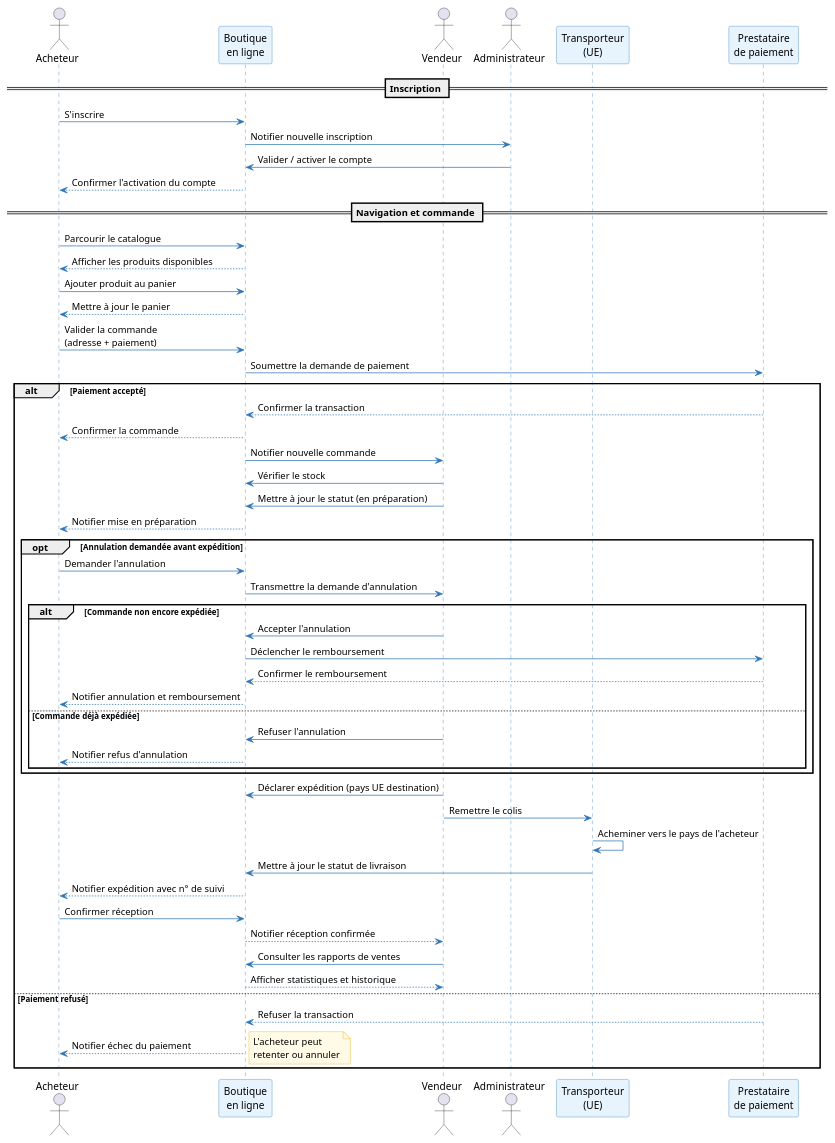
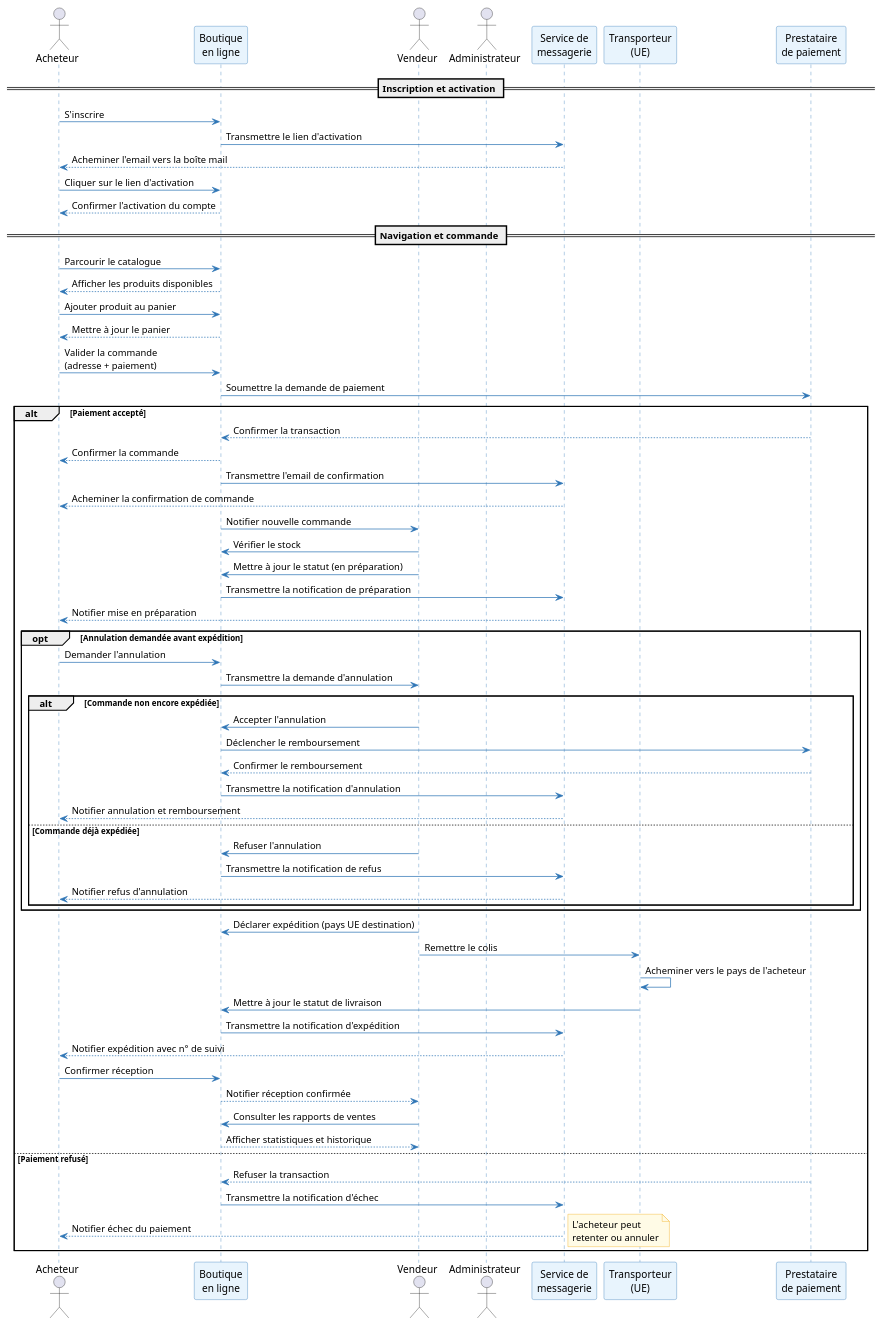
One commit to louistalvande/online_shop changed the third of 4 diagrams in 1_operational_analysis.adoc. Above: the diagram before and after it, drawn with PlantUML. The commit also changed other lines of this file, not shown here.

First line of the commit message:
Implement account activation via email for buyers

```diff
--- a/1_operational_analysis.adoc
+++ b/1_operational_analysis.adoc
@@ -271,73 +303,82 @@
 [plantuml, oa-sequence, svg]
 ----
 skinparam sequenceArrowColor #2E75B6
 skinparam sequenceParticipantBackgroundColor #E8F4FD
 skinparam sequenceParticipantBorderColor #2E75B6
 skinparam sequenceLifeLineBorderColor #2E75B6
 skinparam noteBorderColor #F0A500
 skinparam noteBackgroundColor #FFFBE6
 
 actor Acheteur as Buyer
 participant "Boutique\nen ligne" as Shop
 actor Vendeur as Vendor
 actor Administrateur as Admin
+participant "Service de\nmessagerie" as Mail
 participant "Transporteur\n(UE)" as Carrier
 participant "Prestataire\nde paiement" as Payment
 
-== Inscription ==
+== Inscription et activation ==
 Buyer -> Shop : S'inscrire
-Shop -> Admin : Notifier nouvelle inscription
-Admin -> Shop : Valider / activer le compte
+Shop -> Mail : Transmettre le lien d'activation
+Mail --> Buyer : Acheminer l'email vers la boîte mail
+Buyer -> Shop : Cliquer sur le lien d'activation
 Shop --> Buyer : Confirmer l'activation du compte
 
 == Navigation et commande ==
 Buyer -> Shop : Parcourir le catalogue
 Shop --> Buyer : Afficher les produits disponibles
 
 Buyer -> Shop : Ajouter produit au panier
 Shop --> Buyer : Mettre à jour le panier
 
 Buyer -> Shop : Valider la commande\n(adresse + paiement)
 Shop -> Payment : Soumettre la demande de paiement
 
 alt Paiement accepté
   Payment --> Shop : Confirmer la transaction
   Shop --> Buyer : Confirmer la commande
+  Shop -> Mail : Transmettre l'email de confirmation
+  Mail --> Buyer : Acheminer la confirmation de commande
   Shop -> Vendor : Notifier nouvelle commande
 
   Vendor -> Shop : Vérifier le stock
   Vendor -> Shop : Mettre à jour le statut (en préparation)
-  Shop --> Buyer : Notifier mise en préparation
+  Shop -> Mail : Transmettre la notification de préparation
+  Mail --> Buyer : Notifier mise en préparation
 
   opt Annulation demandée avant expédition
     Buyer -> Shop : Demander l'annulation
     Shop -> Vendor : Transmettre la demande d'annulation
     alt Commande non encore expédiée
       Vendor -> Shop : Accepter l'annulation
       Shop -> Payment : Déclencher le remboursement
       Payment --> Shop : Confirmer le remboursement
-      Shop --> Buyer : Notifier annulation et remboursement
+      Shop -> Mail : Transmettre la notification d'annulation
+      Mail --> Buyer : Notifier annulation et remboursement
     else Commande déjà expédiée
       Vendor -> Shop : Refuser l'annulation
-      Shop --> Buyer : Notifier refus d'annulation
+      Shop -> Mail : Transmettre la notification de refus
+      Mail --> Buyer : Notifier refus d'annulation
     end
   end
 
   Vendor -> Shop : Déclarer expédition (pays UE destination)
   Vendor -> Carrier : Remettre le colis
   Carrier -> Carrier : Acheminer vers le pays de l'acheteur
   Carrier -> Shop : Mettre à jour le statut de livraison
-  Shop --> Buyer : Notifier expédition avec n° de suivi
+  Shop -> Mail : Transmettre la notification d'expédition
+  Mail --> Buyer : Notifier expédition avec n° de suivi
 
   Buyer -> Shop : Confirmer réception
   Shop --> Vendor : Notifier réception confirmée
 
   Vendor -> Shop : Consulter les rapports de ventes
   Shop --> Vendor : Afficher statistiques et historique
 
 else Paiement refusé
   Payment --> Shop : Refuser la transaction
-  Shop --> Buyer : Notifier échec du paiement
+  Shop -> Mail : Transmettre la notification d'échec
+  Mail --> Buyer : Notifier échec du paiement
   note right : L'acheteur peut\nretenter ou annuler
 end
 ----
```
